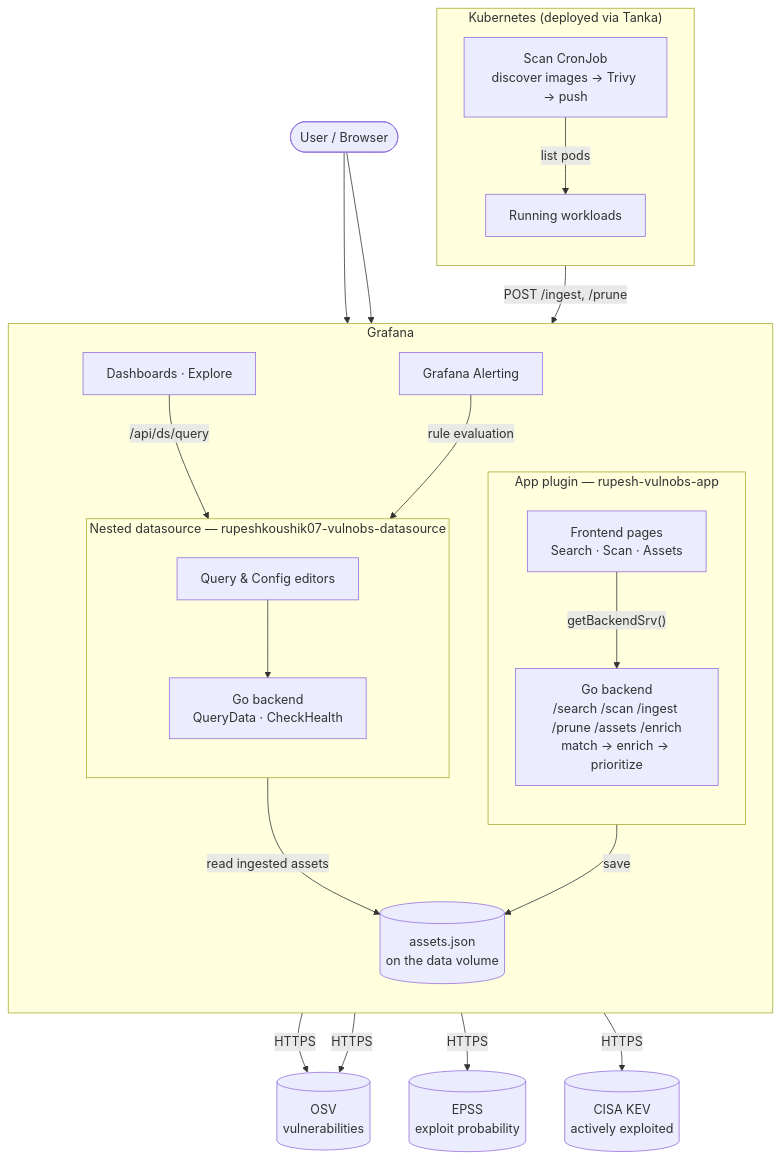
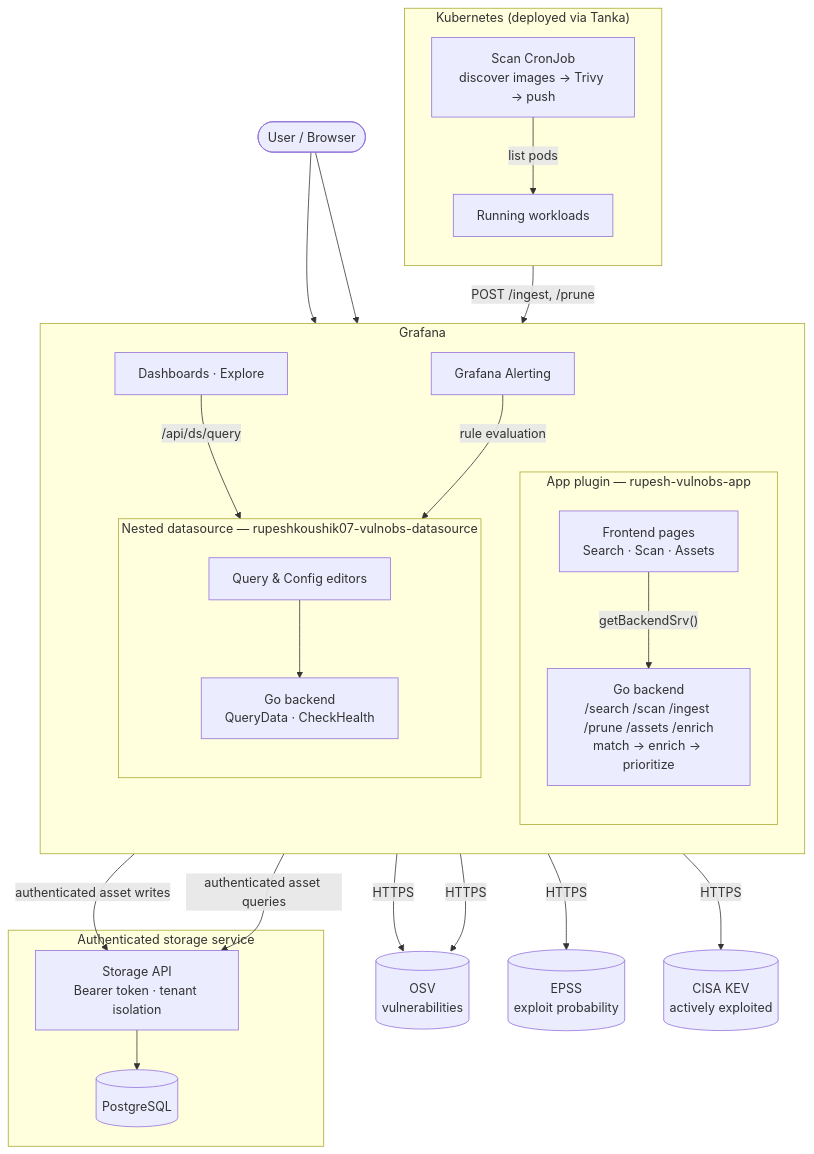
Before and after one commit to rupeshkoushik07/grafana-vulnobs: the diagram in README.md, drawn with Mermaid. The commit also changed other lines of this file and 47 other files, not shown here.

````diff
--- a/README.md
+++ b/README.md
@@ -116,49 +125,54 @@
 ```mermaid
 flowchart TB
     user(["User&nbsp;/&nbsp;Browser"])
 
     subgraph k8s["Kubernetes (deployed via Tanka)"]
         direction TB
         pods["Running workloads"]
         scanner["Scan CronJob<br/>discover images → Trivy → push"]
         scanner -->|"list pods"| pods
     end
 
     subgraph grafana["Grafana"]
         direction TB
         dashes["Dashboards&nbsp;·&nbsp;Explore"]
         alerting["Grafana Alerting"]
 
         subgraph app["App plugin — rupesh-vulnobs-app"]
             direction TB
             appfe["Frontend pages<br/>Search · Scan · Assets"]
             appbe["Go backend<br/>/search /scan /ingest /prune /assets /enrich<br/>match → enrich → prioritize"]
             appfe -->|"getBackendSrv()"| appbe
         end
 
         subgraph ds["Nested datasource — rupeshkoushik07-vulnobs-datasource"]
             direction TB
             dsfe["Query &amp; Config editors"]
             dsbe["Go backend<br/>QueryData · CheckHealth"]
             dsfe --> dsbe
         end
 
-        store[("assets.json<br/>on the data volume")]
+    end
+
+    subgraph storage["Authenticated storage service"]
+        storageapi["Storage API<br/>Bearer token · tenant isolation"]
+        postgres[("PostgreSQL")]
+        storageapi --> postgres
     end
 
     osv[("OSV<br/>vulnerabilities")]
     epss[("EPSS<br/>exploit probability")]
     kev[("CISA KEV<br/>actively exploited")]
 
     user --> appfe
     user --> dashes
     scanner -->|"POST /ingest, /prune"| appbe
-    appbe -->|"save"| store
-    dsbe -->|"read ingested assets"| store
+    appbe -->|"authenticated asset writes"| storageapi
+    dsbe -->|"authenticated asset queries"| storageapi
     dashes -->|"/api/ds/query"| dsbe
     alerting -->|"rule evaluation"| dsbe
     appbe -->|"HTTPS"| osv
     appbe -->|"HTTPS"| epss
     appbe -->|"HTTPS"| kev
     dsbe -->|"HTTPS"| osv
 ```
````
